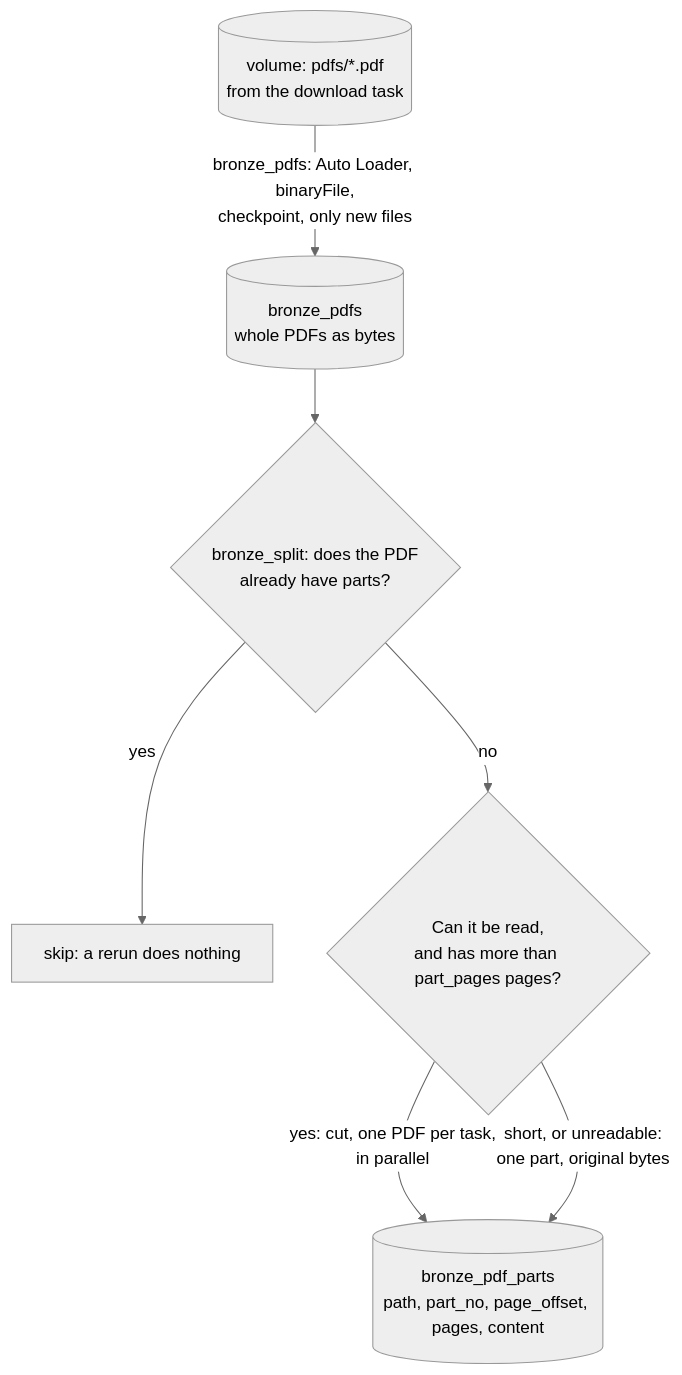
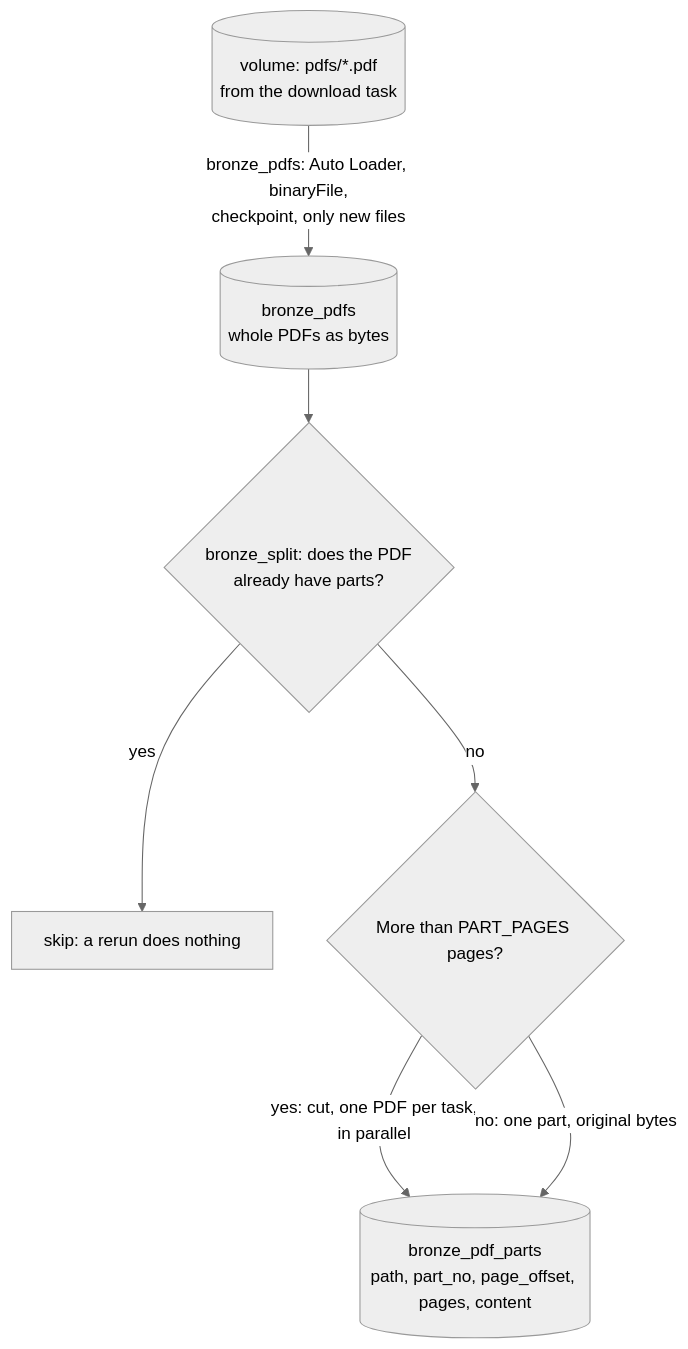
One commit to SuddhaswattaMaityUK/dbx-finance-bench-rag changed the diagram in doc/medallion/bronze/bronze.md. Above: the diagram before and after it, drawn with Mermaid (neutral theme). The commit also changed other lines of this file and 11 other files, not shown here.

````diff
--- a/doc/medallion/bronze/bronze.md
+++ b/doc/medallion/bronze/bronze.md
@@ -5,9 +5,9 @@
 ```mermaid
 flowchart TD
     V[("volume: pdfs/*.pdf<br/>from the download task")] -->|"bronze_pdfs: Auto Loader, binaryFile,<br/>checkpoint, only new files"| B[("bronze_pdfs<br/>whole PDFs as bytes")]
     B --> T{"bronze_split: does the PDF<br/>already have parts?"}
     T -- yes --> SK["skip: a rerun does nothing"]
-    T -- no --> R{"Can it be read,<br/>and has more than part_pages pages?"}
+    T -- no --> R{"More than PART_PAGES pages?"}
     R -- "yes: cut, one PDF per task,<br/>in parallel" --> P[("bronze_pdf_parts<br/>path, part_no, page_offset, pages, content")]
-    R -- "short, or unreadable:<br/>one part, original bytes" --> P
+    R -- "no: one part, original bytes" --> P
 ```
````
